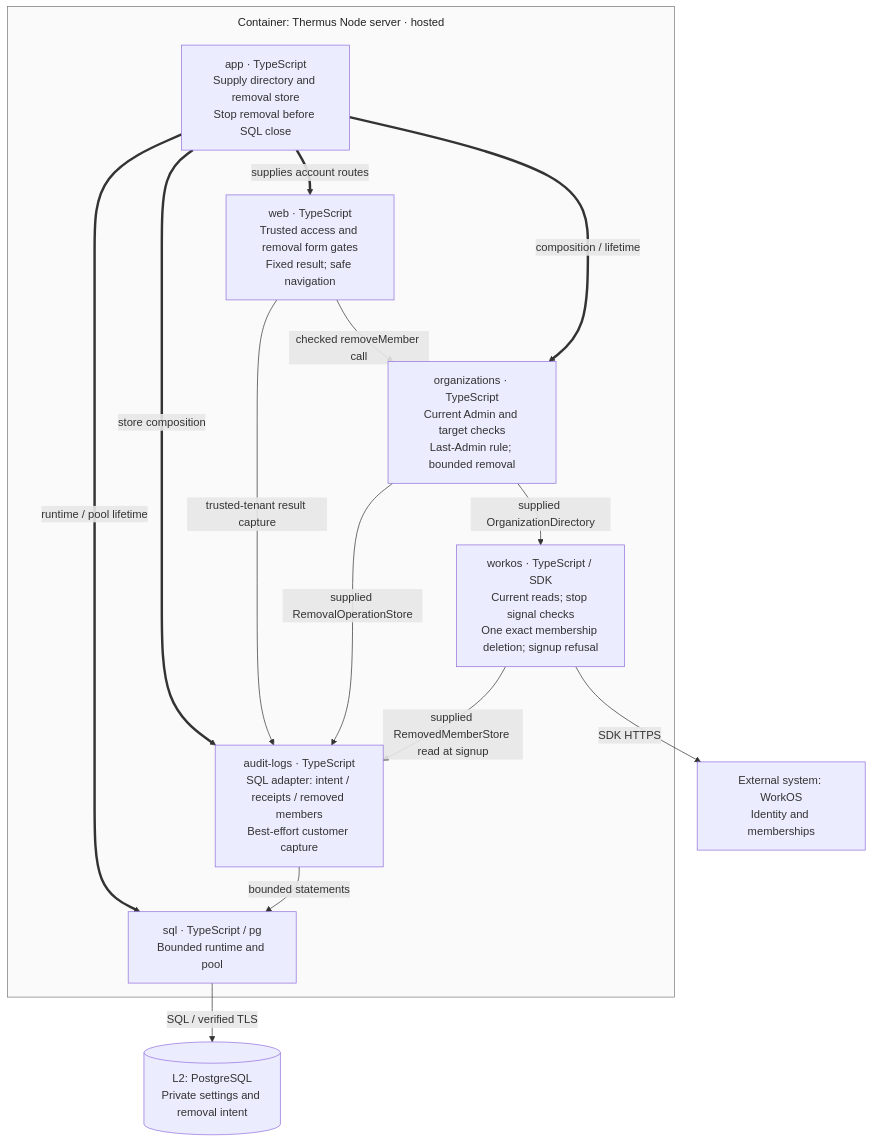
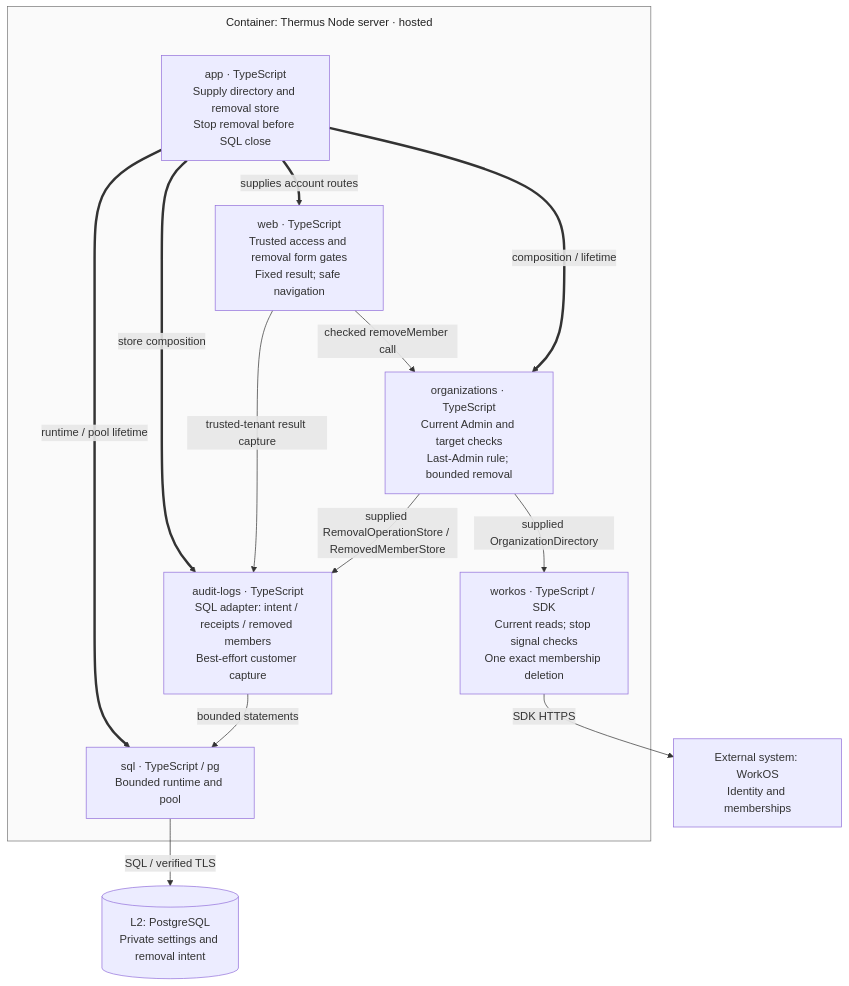
One commit to tomer-mayara/Thermus changed the seventh of 24 diagrams in architecture/components.md. Above: the diagram before and after it, drawn with Mermaid. The commit also changed other lines of this file and 11 other files, not shown here.

````diff
--- a/architecture/components.md
+++ b/architecture/components.md
@@ -400,27 +404,26 @@
 ```mermaid
-%%{init: {"flowchart": {"wrappingWidth": 180, "nodeSpacing": 45, "rankSpacing": 40, "subGraphTitleMargin": {"top": 10, "bottom": 25}}}}%%
+%%{init: {"flowchart": {"wrappingWidth": 180, "nodeSpacing": 45, "rankSpacing": 40, "subGraphTitleMargin": {"top": 10, "bottom": 40}}}}%%
 flowchart TB
   subgraph removal_server["Container: Thermus Node server · hosted"]
     removal_web["web · TypeScript<br/>Trusted access and removal form gates<br/>Fixed result; safe navigation"]
     removal_app["app · TypeScript<br/>Supply directory and removal store<br/>Stop removal before SQL close"]
     removal_org["organizations · TypeScript<br/>Current Admin and target checks<br/>Last-Admin rule; bounded removal"]
     removal_audit["audit-logs · TypeScript<br/>SQL adapter: intent / receipts / removed members<br/>Best-effort customer capture"]
     removal_sql["sql · TypeScript / pg<br/>Bounded runtime and pool"]
-    removal_workos["workos · TypeScript / SDK<br/>Current reads; stop signal checks<br/>One exact membership deletion; signup refusal"]
+    removal_workos["workos · TypeScript / SDK<br/>Current reads; stop signal checks<br/>One exact membership deletion"]
     removal_app ==>|supplies account routes| removal_web
     removal_web -->|checked removeMember call| removal_org
     removal_app ==>|composition / lifetime| removal_org
     removal_app ==>|store composition| removal_audit
     removal_app ==>|runtime / pool lifetime| removal_sql
     removal_web -->|trusted-tenant result capture| removal_audit
-    removal_org -->|supplied RemovalOperationStore| removal_audit
+    removal_org -->|supplied RemovalOperationStore / RemovedMemberStore| removal_audit
     removal_audit -->|bounded statements| removal_sql
     removal_org -->|supplied OrganizationDirectory| removal_workos
-    removal_workos -->|supplied RemovedMemberStore read at signup| removal_audit
   end
   removal_db[("L2: PostgreSQL<br/>Private settings and removal intent")]
   removal_provider["External system: WorkOS<br/>Identity and memberships"]
   removal_sql -->|SQL / verified TLS| removal_db
   removal_workos -->|SDK HTTPS| removal_provider
   style removal_server fill:#fafafa,stroke:#777777,color:#222222
 ```
````
